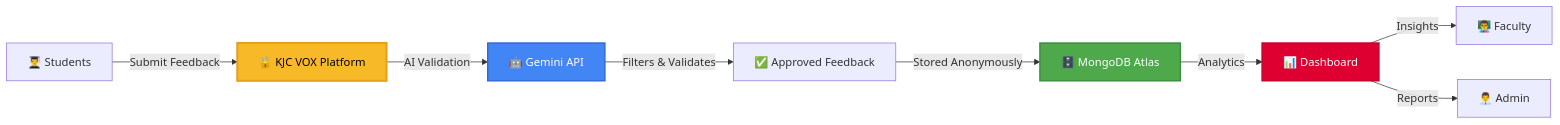
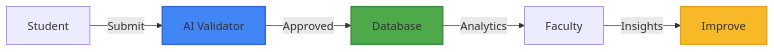
The first of 6 diagrams in README.md (ALLURIABISHEK/KJC-VOX), drawn with Mermaid before and after one commit. The commit also changed other lines of this file, not shown here.

````diff
--- a/README.md
+++ b/README.md
@@ -55,15 +151,11 @@
 ```mermaid
 graph LR
-    A[👨‍🎓 Students] -->|Submit Feedback| B[🔒 KJC VOX Platform]
-    B -->|AI Validation| C[🤖 Gemini API]
-    C -->|Filters & Validates| D[✅ Approved Feedback]
-    D -->|Stored Anonymously| E[🗄️ MongoDB Atlas]
-    E -->|Analytics| F[📊 Dashboard]
-    F -->|Insights| G[👨‍🏫 Faculty]
-    F -->|Reports| H[👨‍💼 Admin]
+    A[Student] -->|Submit| B[AI Validator]
+    B -->|Approved| C[Database]
+    C -->|Analytics| D[Faculty]
+    D -->|Insights| E[Improve]
     
-    style B fill:#F7B928,stroke:#E5A020,stroke-width:3px,color:#000
-    style C fill:#4285F4,stroke:#3367D6,stroke-width:2px,color:#fff
-    style E fill:#4EA94B,stroke:#3D8B40,stroke-width:2px,color:#fff
-    style F fill:#DD0031,stroke:#C50028,stroke-width:2px,color:#fff
+    style B fill:#4285F4,stroke:#3367D6,stroke-width:2px
+    style C fill:#4EA94B,stroke:#3D8B40,stroke-width:2px
+    style E fill:#F7B928,stroke:#E5A020,stroke-width:2px
 ```
````
